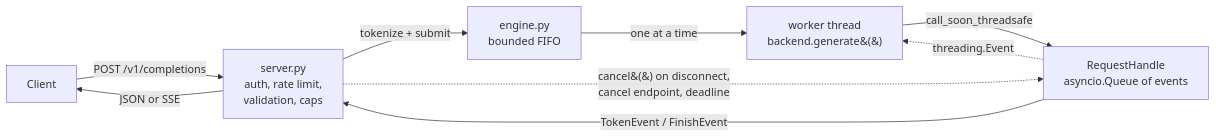
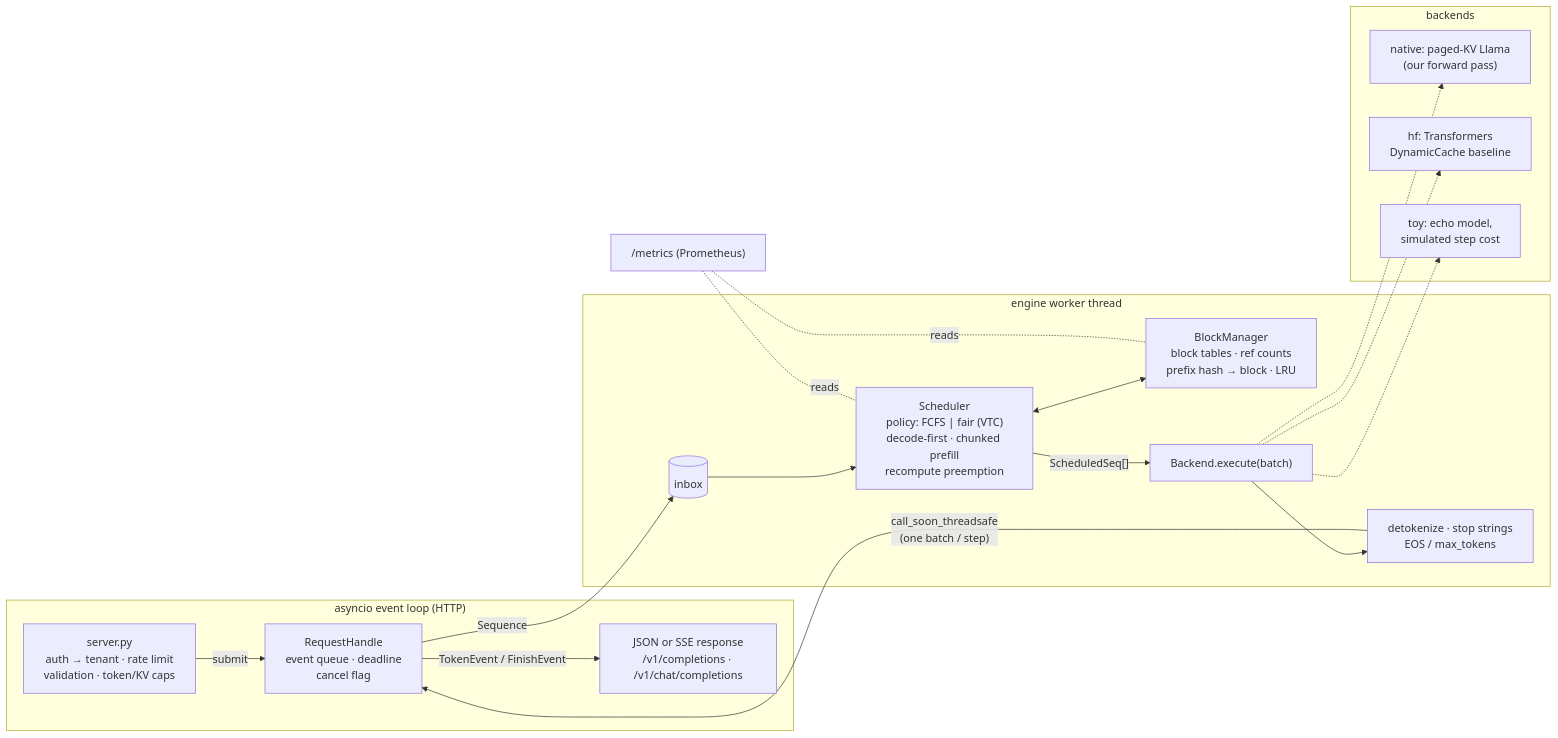
Before and after one commit to YangLiu68/MiniServe: the first of 2 diagrams in ARCHITECTURE.md, drawn with Mermaid. The commit also changed other lines of this file and 33 other files, not shown here.

````diff
--- a/ARCHITECTURE.md
+++ b/ARCHITECTURE.md
@@ -5,11 +7,22 @@
 ```mermaid
 flowchart LR
-    C[Client] -->|POST /v1/completions| S[server.py<br/>auth, rate limit,<br/>validation, caps]
-    S -->|tokenize + submit| E[engine.py<br/>bounded FIFO]
-    E -->|one at a time| W[worker thread<br/>backend.generate&#40;&#41;]
-    W -->|call_soon_threadsafe| H[RequestHandle<br/>asyncio.Queue of events]
-    H -->|TokenEvent / FinishEvent| S
-    S -->|JSON or SSE| C
-    S -.->|cancel&#40;&#41; on disconnect,<br/>cancel endpoint, deadline| H
-    H -.->|threading.Event| W
+    subgraph loop["asyncio event loop (HTTP)"]
+        A["server.py<br/>auth → tenant · rate limit<br/>validation · token/KV caps"] -->|submit| H["RequestHandle<br/>event queue · deadline<br/>cancel flag"]
+        H -->|"TokenEvent / FinishEvent"| R["JSON or SSE response<br/>/v1/completions · /v1/chat/completions"]
+    end
+    subgraph worker["engine worker thread"]
+        I[(inbox)] --> S["Scheduler<br/>policy: FCFS | fair (VTC)<br/>decode-first · chunked prefill<br/>recompute preemption"]
+        S <--> BM["BlockManager<br/>block tables · ref counts<br/>prefix hash → block · LRU"]
+        S -->|"ScheduledSeq[]"| B["Backend.execute(batch)"]
+        B --> D["detokenize · stop strings<br/>EOS / max_tokens"]
+    end
+    subgraph backends["backends"]
+        N["native: paged-KV Llama<br/>(our forward pass)"]
+        F["hf: Transformers<br/>DynamicCache baseline"]
+        T["toy: echo model,<br/>simulated step cost"]
+    end
+    H -->|"Sequence"| I
+    D -->|"call_soon_threadsafe<br/>(one batch / step)"| H
+    B -.-> N & F & T
+    M["/metrics (Prometheus)"] -.reads.- S & BM
 ```
````
